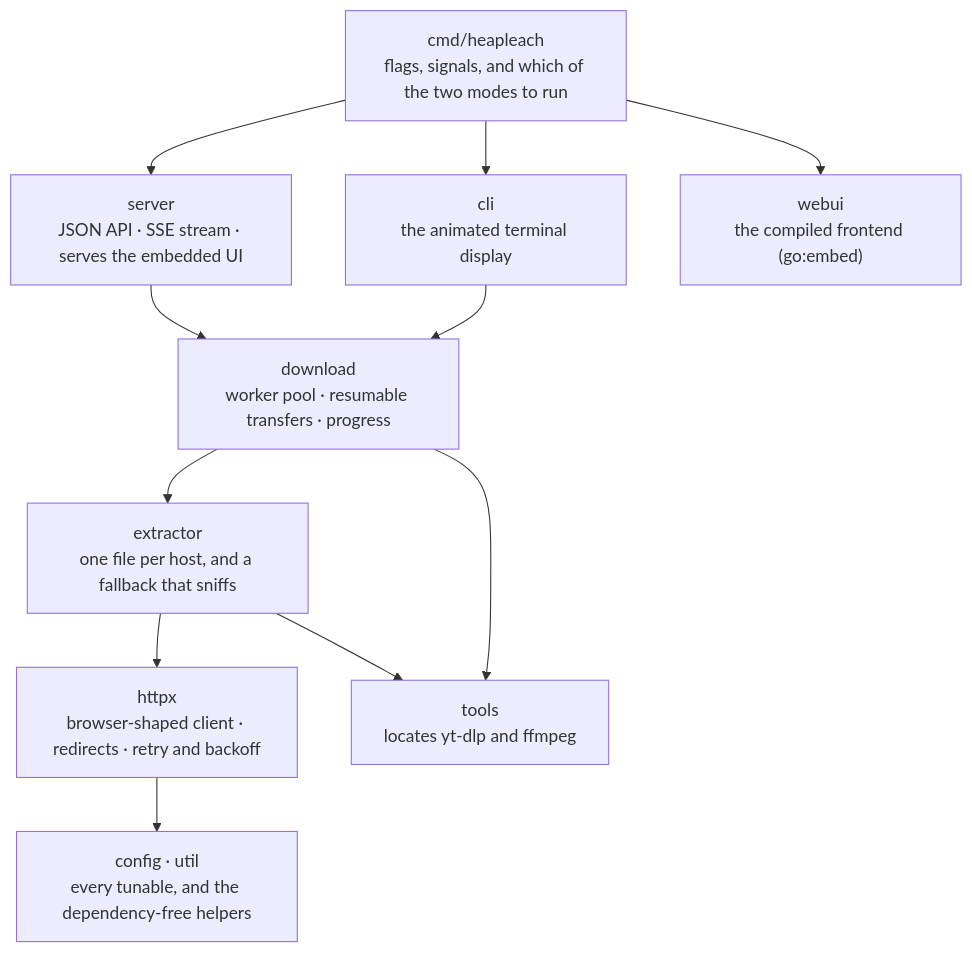
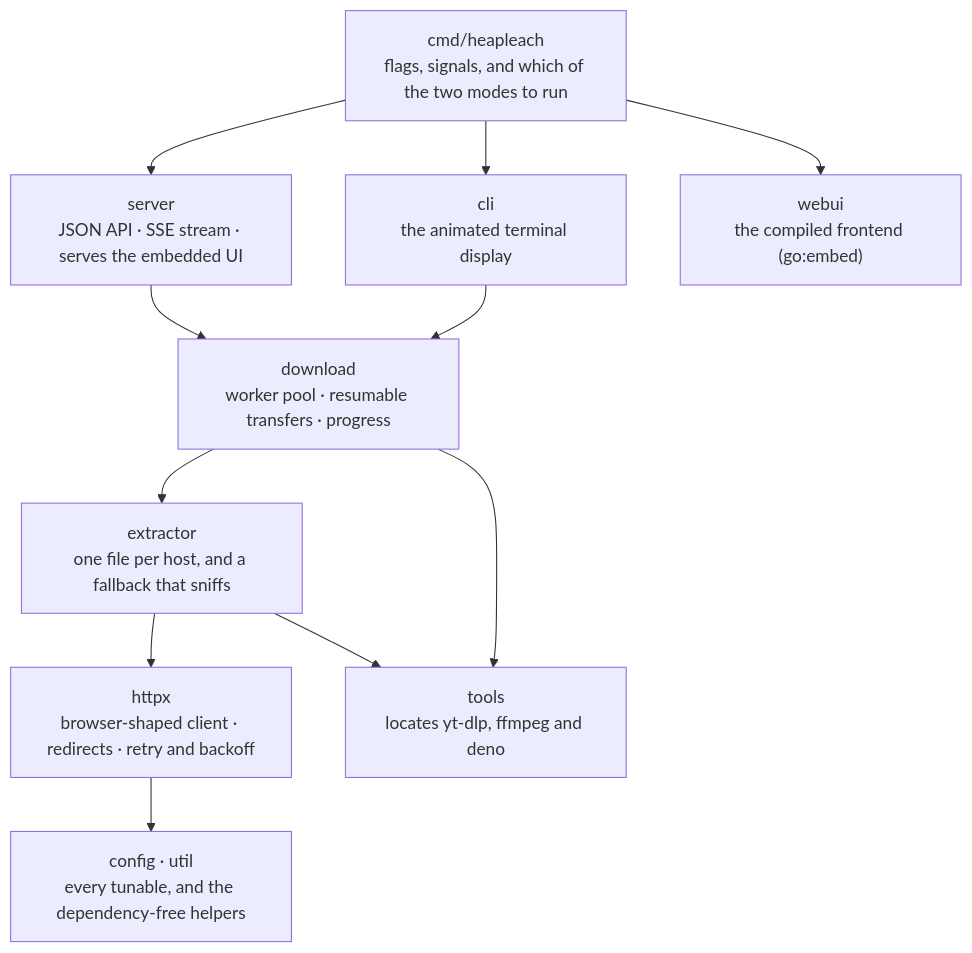
Before and after one commit to JohanLindvall/HeapLeach: the second of 2 diagrams in README.md, drawn with Mermaid. The commit also changed other lines of this file and 6 other files, not shown here.

````diff
--- a/README.md
+++ b/README.md
@@ -578,25 +583,25 @@
 ```mermaid
 flowchart TD
     main["cmd/heapleach<br>flags, signals, and which of the two modes to run"]
     main --> server
     main --> cli
     main --> webui
 
     server["server<br>JSON API · SSE stream · serves the embedded UI"]
     cli["cli<br>the animated terminal display"]
     webui["webui<br>the compiled frontend (go:embed)"]
 
     server --> download
     cli --> download
     download["download<br>worker pool · resumable transfers · progress"]
     download --> extractor
     extractor["extractor<br>one file per host, and a fallback that sniffs"]
     extractor --> httpx
     httpx["httpx<br>browser-shaped client · redirects · retry and backoff"]
     httpx --> base
 
     download --> tools
     extractor --> tools
-    tools["tools<br>locates yt-dlp and ffmpeg"]
+    tools["tools<br>locates yt-dlp, ffmpeg and deno"]
     base["config · util<br>every tunable, and the dependency-free helpers"]
 ```
````
